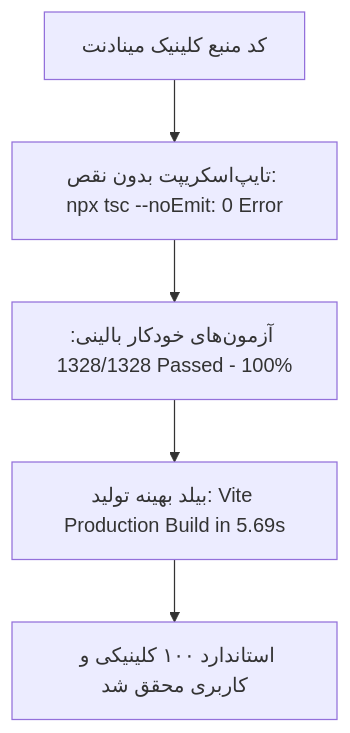
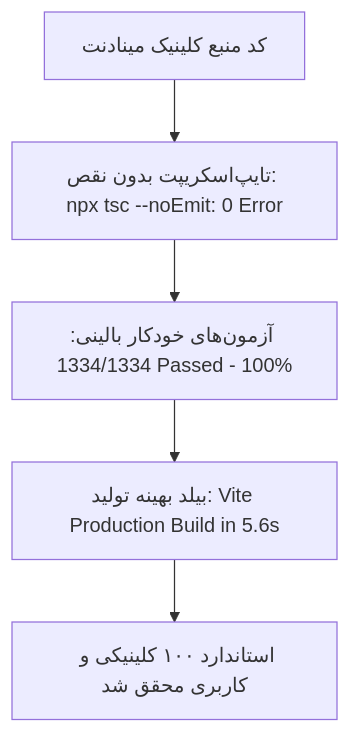
One commit to galaxy1364/minadentalbolt.new changed the diagram in AUDIT-MASTER-0-100.md. Above: the diagram before and after it, drawn with Mermaid. The commit also changed other lines of this file and 10 other files, not shown here.

````diff
--- a/AUDIT-MASTER-0-100.md
+++ b/AUDIT-MASTER-0-100.md
@@ -246,7 +248,7 @@
 ```mermaid
 graph TD
     A[کد منبع کلینیک مینادنت] --> B[تایپ‌اسکریپت بدون نقص: npx tsc --noEmit: 0 Error]
-    B --> C[آزمون‌های خودکار بالینی: 1328/1328 Passed - 100%]
-    C --> D[بیلد بهینه تولید: Vite Production Build in 5.69s]
+    B --> C[آزمون‌های خودکار بالینی: 1334/1334 Passed - 100%]
+    C --> D[بیلد بهینه تولید: Vite Production Build in 5.6s]
     D --> E[استاندارد ۱۰۰ کلینیکی و کاربری محقق شد]
 ```
````
